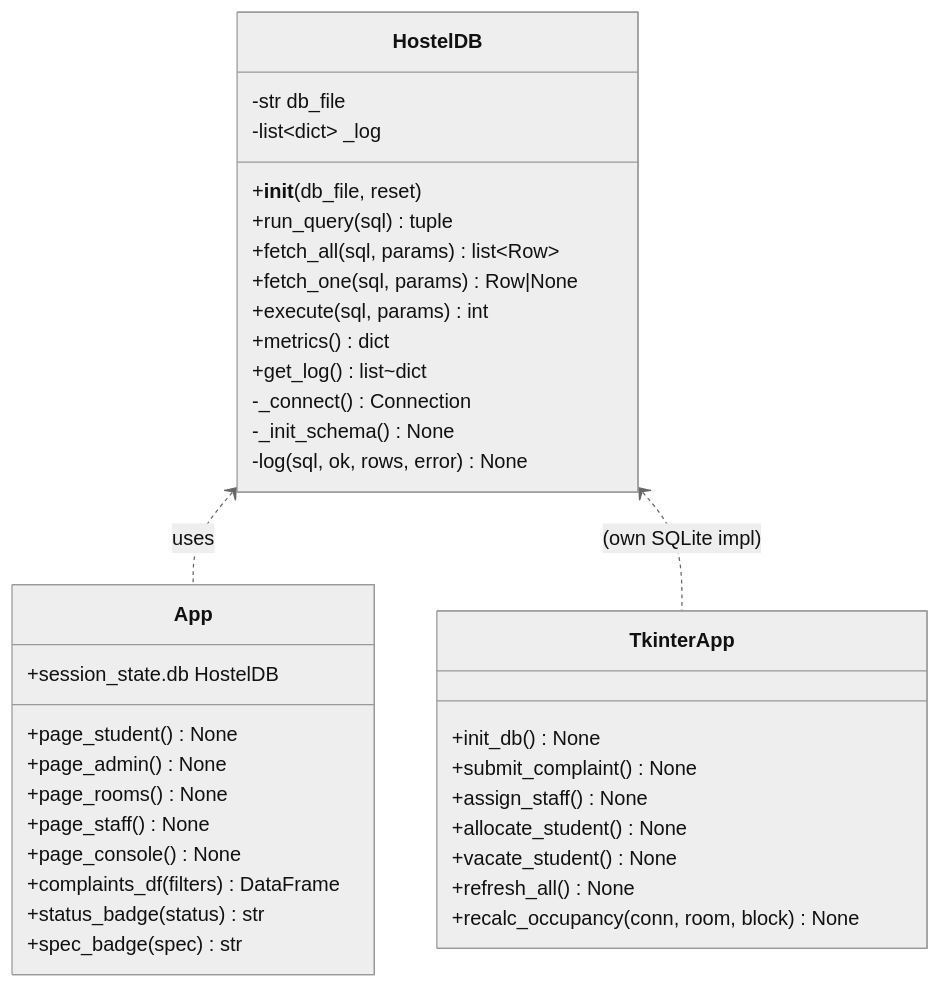
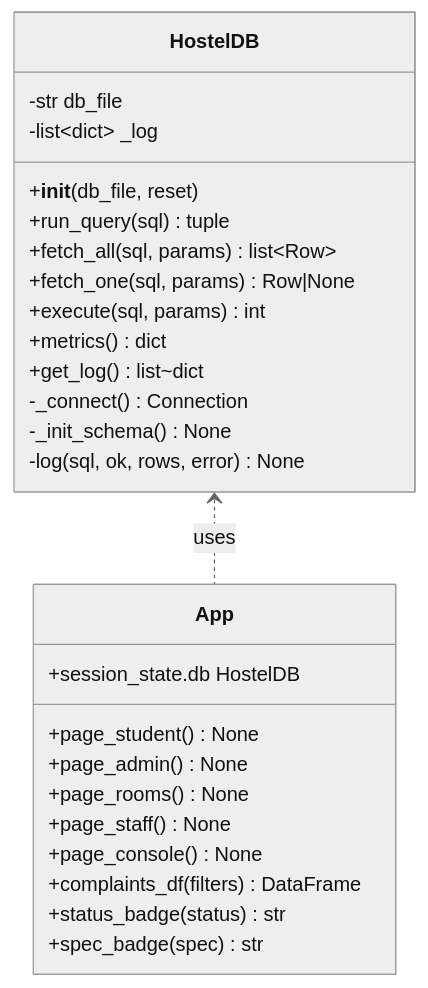
One commit to Itsaddu/hostel-room-maintenance-management changed the second of 5 diagrams in README.md. Above: the diagram before and after it, drawn with Mermaid (neutral theme). The commit also changed other lines of this file and 1 other file, not shown here.

Commit message:
Remove Tkinter desktop app

````diff
--- a/README.md
+++ b/README.md
@@ -553,42 +539,31 @@
 ```mermaid
 classDiagram
     class HostelDB {
         -str db_file
         -list~dict~ _log
         +__init__(db_file, reset)
         +run_query(sql) tuple
         +fetch_all(sql, params) list~Row~
         +fetch_one(sql, params) Row|None
         +execute(sql, params) int
         +metrics() dict
         +get_log() list~dict
         -_connect() Connection
         -_init_schema() None
         -log(sql, ok, rows, error) None
     }
 
     class App {
         +session_state.db HostelDB
         +page_student() None
         +page_admin() None
         +page_rooms() None
         +page_staff() None
         +page_console() None
         +complaints_df(filters) DataFrame
         +status_badge(status) str
         +spec_badge(spec) str
     }
 
-    class TkinterApp {
-        +init_db() None
-        +submit_complaint() None
-        +assign_staff() None
-        +allocate_student() None
-        +vacate_student() None
-        +refresh_all() None
-        +recalc_occupancy(conn, room, block) None
-    }
-
     HostelDB <.. App : uses
-    HostelDB <.. TkinterApp : (own SQLite impl)
 ```
````
